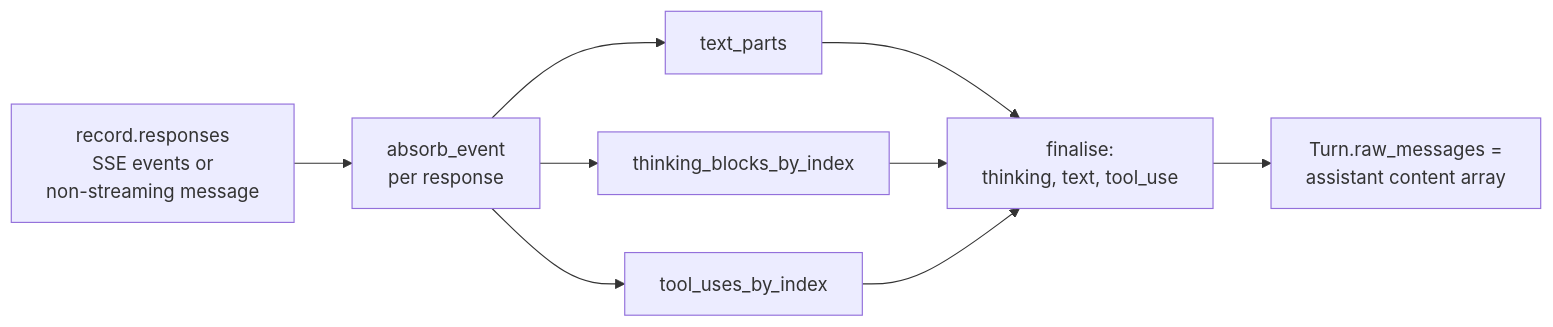
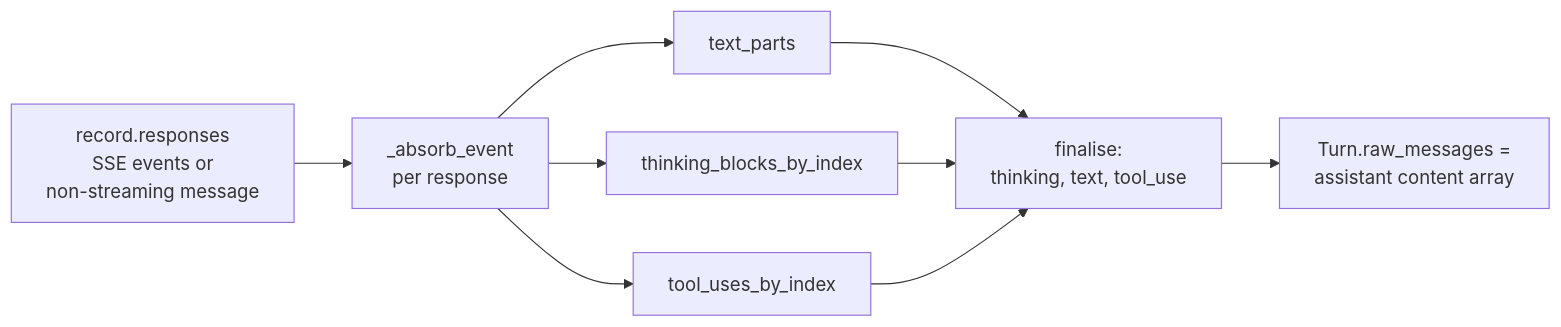
Before and after one commit to ai-dynamo/aiperf: the diagram in docs/tutorials/anthropic-messages-endpoint.md, drawn with Mermaid. The commit also changed other lines of this file and 6 other files, not shown here.

````diff
--- a/docs/tutorials/anthropic-messages-endpoint.md
+++ b/docs/tutorials/anthropic-messages-endpoint.md
@@ -408,11 +408,11 @@
 ```mermaid
 flowchart LR
-    A[record.responses<br/>SSE events or<br/>non-streaming message] --> B[absorb_event<br/>per response]
+    A[record.responses<br/>SSE events or<br/>non-streaming message] --> B[_absorb_event<br/>per response]
     B --> C[text_parts]
     B --> D[thinking_blocks_by_index]
     B --> E[tool_uses_by_index]
     C --> F[finalise:<br/>thinking, text, tool_use]
     D --> F
     E --> F
     F --> G[Turn.raw_messages =<br/>assistant content array]
 ```
````
